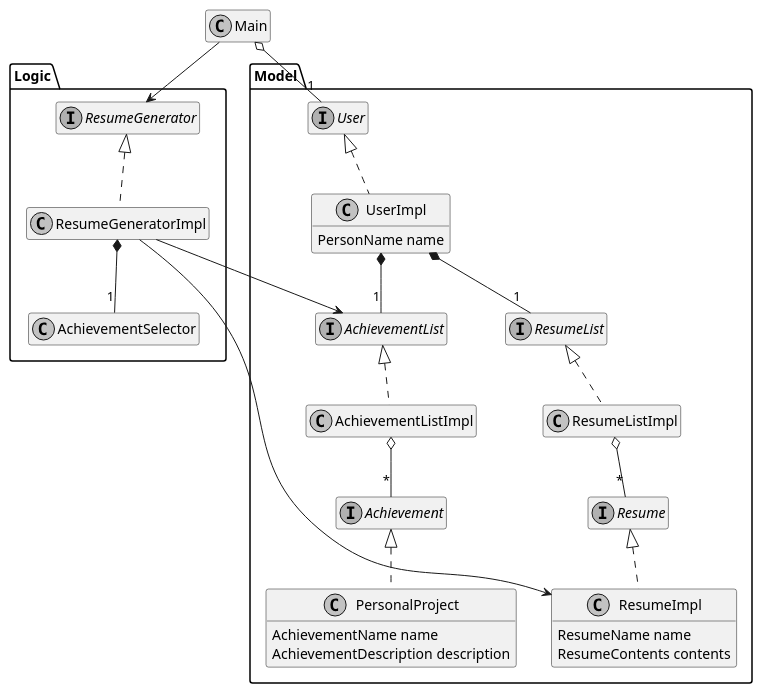
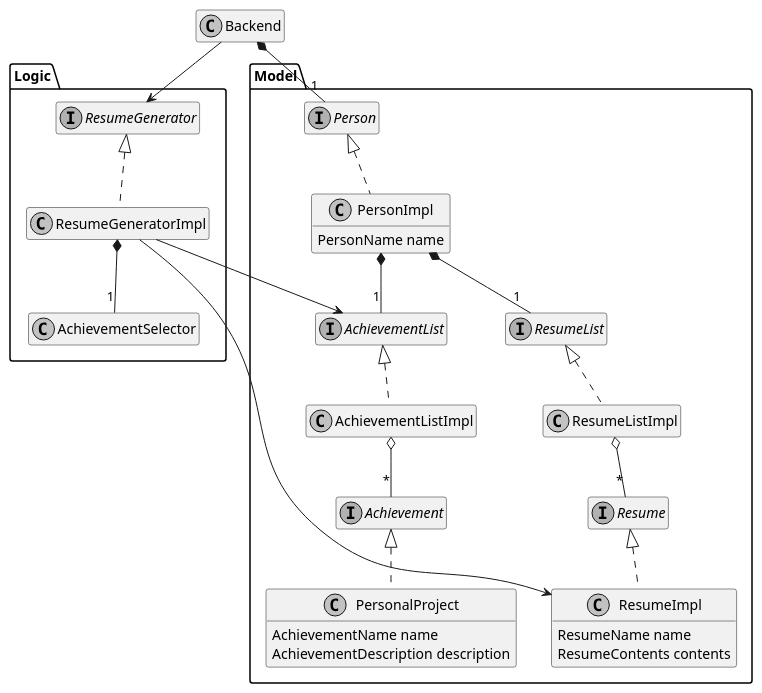
Before and after one commit to marckysan/ResuMe: the diagram in docs/diagrams/BackendClassDiagram.puml, drawn with PlantUML. The commit also changed 54 other files, not shown here.

```diff
--- a/docs/diagrams/BackendClassDiagram.puml
+++ b/docs/diagrams/BackendClassDiagram.puml
@@ -1,56 +1,56 @@
 @startuml
 
 skinparam monochrome true
 hide empty members
 
-class Main
-Main --> Logic.ResumeGenerator
-Main o-- "1" Model.User
+class Backend
+Backend --> Logic.ResumeGenerator
+Backend *-- "1" Model.Person
 
 namespace Logic {
 
 interface ResumeGenerator
 class ResumeGeneratorImpl
 class AchievementSelector
 
 ResumeGenerator <|.. ResumeGeneratorImpl
 ResumeGeneratorImpl *-- "1" AchievementSelector
 ResumeGeneratorImpl --> Model.ResumeImpl
 ResumeGeneratorImpl --> Model.AchievementList
 }
 
 namespace Model {
 
-interface User
-class UserImpl {
+interface Person
+class PersonImpl {
     PersonName name
 }
-User <|.. UserImpl
-UserImpl *-- "1" AchievementList
-UserImpl *-- "1" ResumeList
+Person <|.. PersonImpl
+PersonImpl *-- "1" AchievementList
+PersonImpl *-- "1" ResumeList
 
 interface Achievement
 class PersonalProject {
     AchievementName name
     AchievementDescription description
 }
 interface AchievementList
 class AchievementListImpl
 Achievement <|.. PersonalProject
 AchievementList <|.. AchievementListImpl
 AchievementListImpl o-- "*" Achievement
 
 interface Resume
 class ResumeImpl {
     ResumeName name
     ResumeContents contents
 }
 interface ResumeList
 class ResumeListImpl
 Resume <|.. ResumeImpl
 ResumeList <|.. ResumeListImpl
 ResumeListImpl o-- "*" Resume
 
 }
 
 @enduml
```
